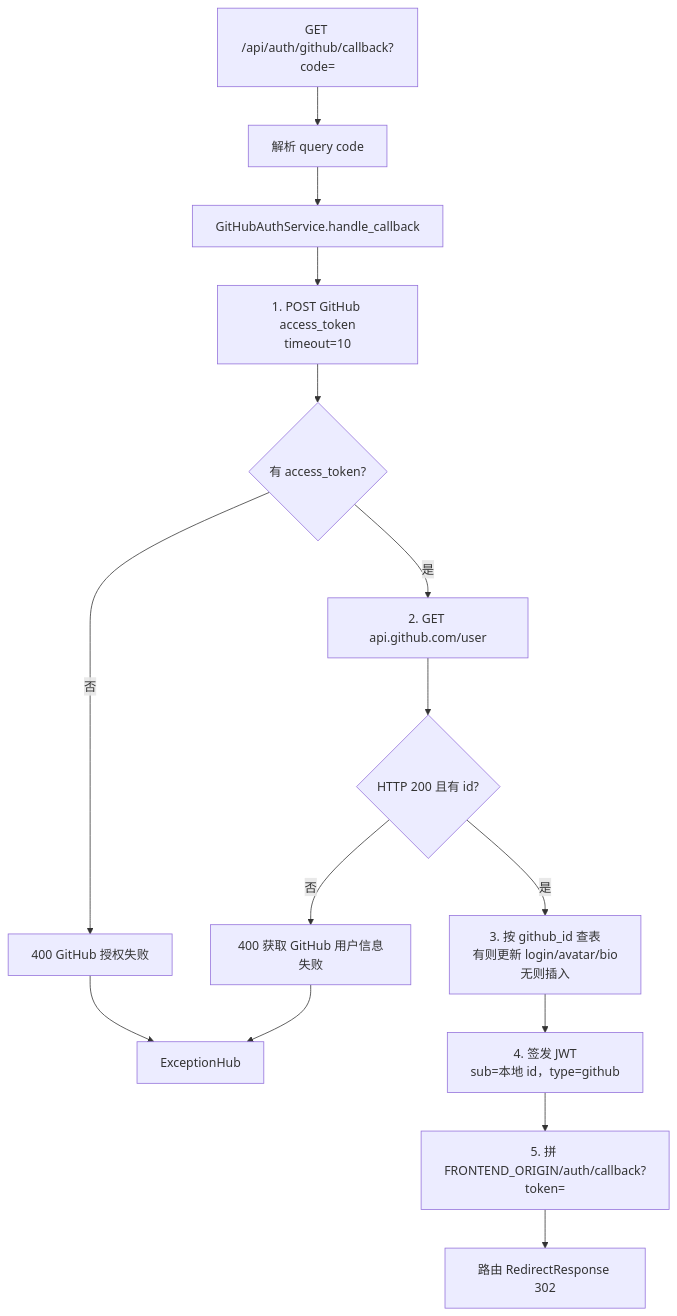
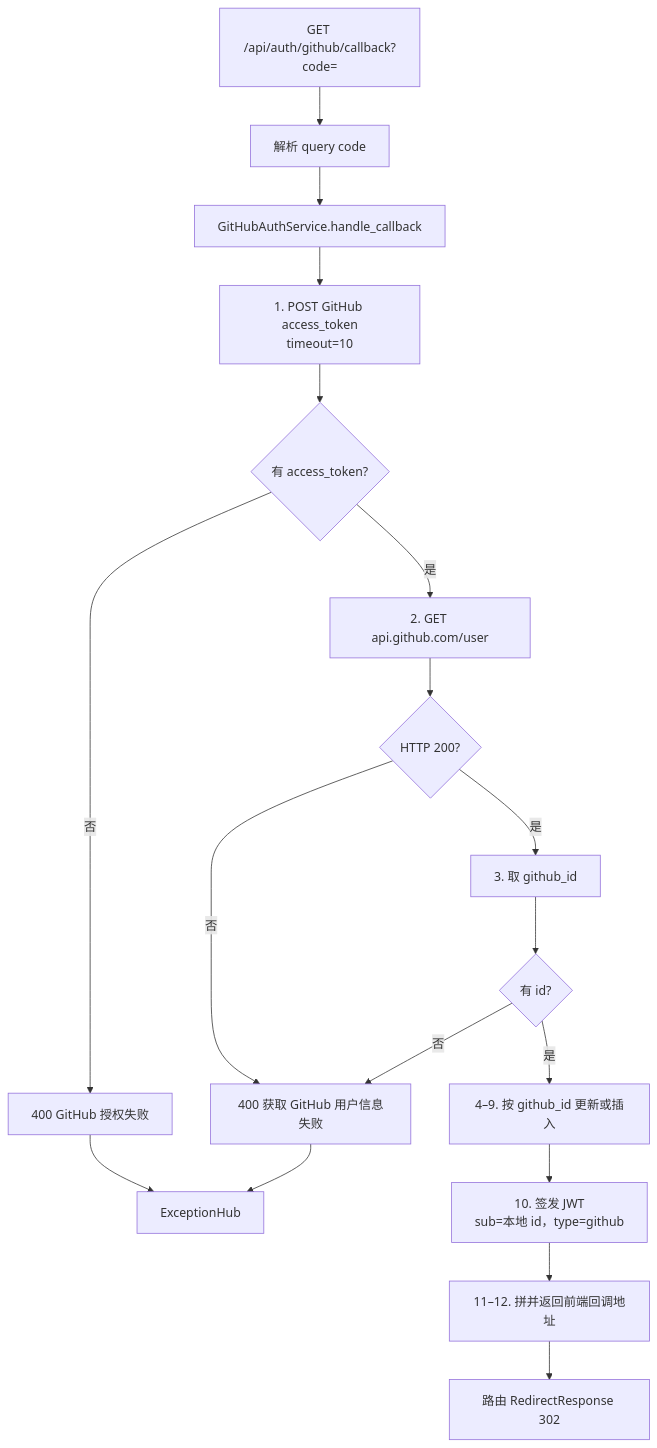
Before and after one commit to kiri225/blog: the second of 4 diagrams in docs/modules/04-GitHub-OAuth.md, drawn with Mermaid. The commit also changed other lines of this file and 3 other files, not shown here.

First line of the commit message:
refactor(github-auth): 补齐步骤注释并改用 requests 调 GitHub

````diff
--- a/docs/modules/04-GitHub-OAuth.md
+++ b/docs/modules/04-GitHub-OAuth.md
@@ -214,17 +214,20 @@
 ```mermaid
 flowchart TD
     A["GET /api/auth/github/callback?code="] --> B["解析 query code"]
     B --> C["GitHubAuthService.handle_callback"]
     C --> D["1. POST GitHub access_token<br/>timeout=10"]
     D --> E{"有 access_token?"}
     E -->|否| F["400 GitHub 授权失败"]
     E -->|是| G["2. GET api.github.com/user"]
-    G --> H{"HTTP 200 且有 id?"}
+    G --> H{"HTTP 200?"}
     H -->|否| I["400 获取 GitHub 用户信息失败"]
-    H -->|是| J["3. 按 github_id 查表<br/>有则更新 login/avatar/bio<br/>无则插入"]
-    J --> K["4. 签发 JWT<br/>sub=本地 id，type=github"]
-    K --> L["5. 拼 FRONTEND_ORIGIN/auth/callback?token="]
-    L --> M["路由 RedirectResponse 302"]
-    F --> N["ExceptionHub"]
-    I --> N
+    H -->|是| J["3. 取 github_id"]
+    J --> K{"有 id?"}
+    K -->|否| I
+    K -->|是| L["4–9. 按 github_id 更新或插入"]
+    L --> M["10. 签发 JWT<br/>sub=本地 id，type=github"]
+    M --> N["11–12. 拼并返回前端回调地址"]
+    N --> O["路由 RedirectResponse 302"]
+    F --> P["ExceptionHub"]
+    I --> P
 ```
````
